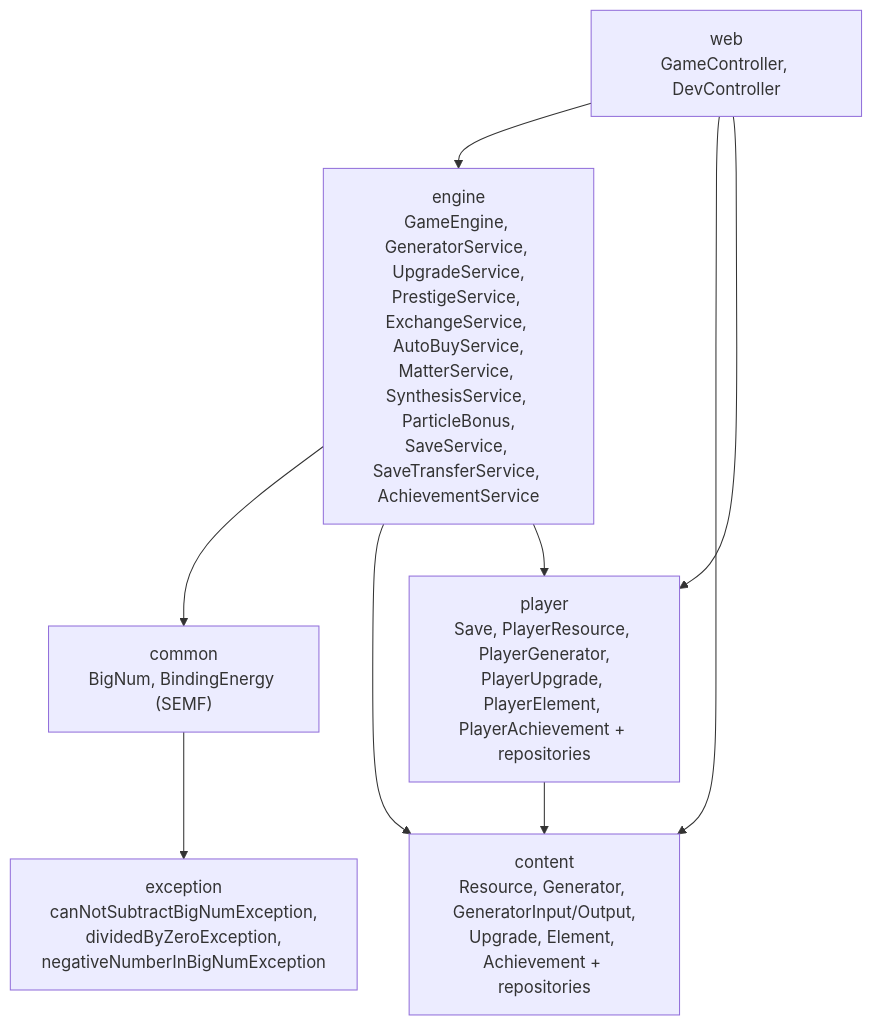
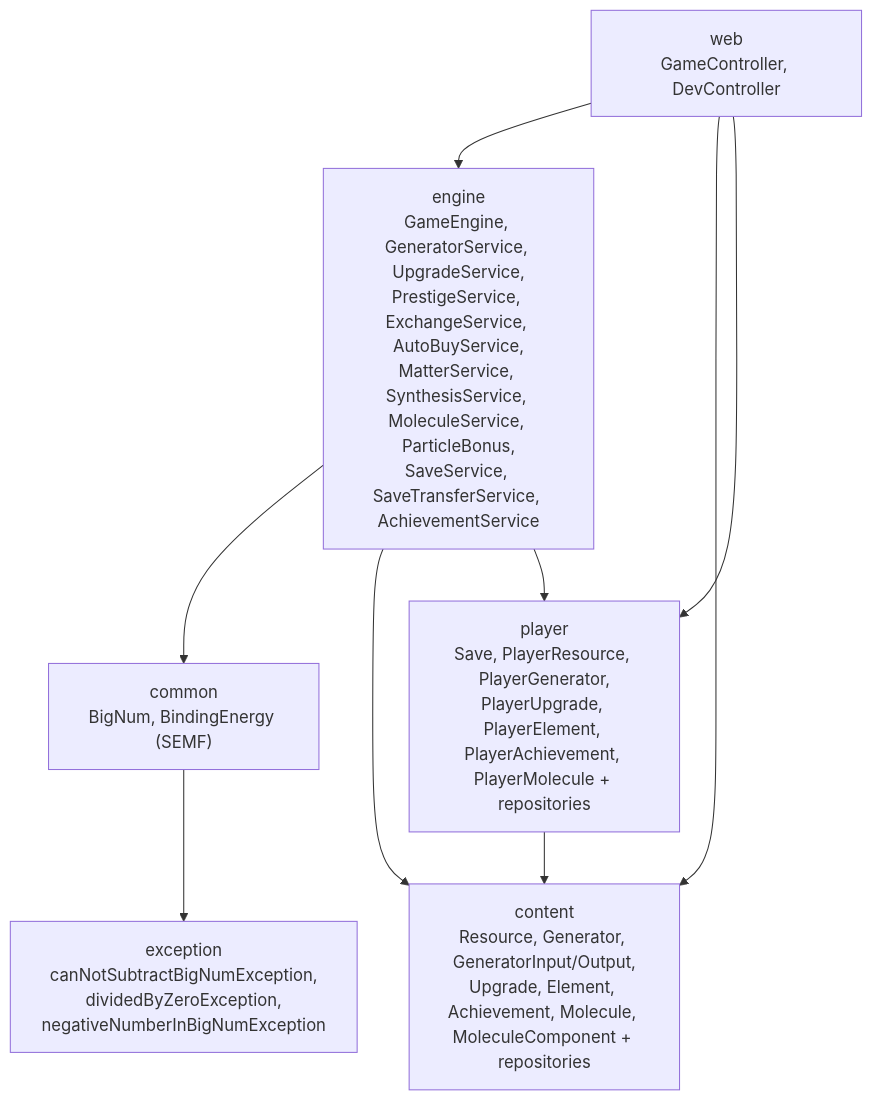
The diagram in CLAUDE.md (Whandthow/Periodic_Idle), drawn with Mermaid before and after one commit. The commit also changed other lines of this file and 16 other files, not shown here.

````diff
--- a/CLAUDE.md
+++ b/CLAUDE.md
@@ -76,17 +76,17 @@
 ```mermaid
 graph TD
     web["web<br/>GameController, DevController"] --> engine
     web --> content
     web --> player
 
-    engine["engine<br/>GameEngine, GeneratorService, UpgradeService,<br/>PrestigeService, ExchangeService, AutoBuyService,<br/>MatterService, SynthesisService, ParticleBonus,<br/>SaveService, SaveTransferService, AchievementService"] --> common
+    engine["engine<br/>GameEngine, GeneratorService, UpgradeService,<br/>PrestigeService, ExchangeService, AutoBuyService,<br/>MatterService, SynthesisService, MoleculeService, ParticleBonus,<br/>SaveService, SaveTransferService, AchievementService"] --> common
     engine --> content
     engine --> player
 
-    player["player<br/>Save, PlayerResource, PlayerGenerator,<br/>PlayerUpgrade, PlayerElement, PlayerAchievement + repositories"] --> content
+    player["player<br/>Save, PlayerResource, PlayerGenerator,<br/>PlayerUpgrade, PlayerElement, PlayerAchievement, PlayerMolecule + repositories"] --> content
 
-    content["content<br/>Resource, Generator, GeneratorInput/Output,<br/>Upgrade, Element, Achievement + repositories"]
+    content["content<br/>Resource, Generator, GeneratorInput/Output,<br/>Upgrade, Element, Achievement, Molecule, MoleculeComponent + repositories"]
 
     common["common<br/>BigNum, BindingEnergy (SEMF)"] --> exception
     exception["exception<br/>canNotSubtractBigNumException,<br/>dividedByZeroException,<br/>negativeNumberInBigNumException"]
 ```
````
